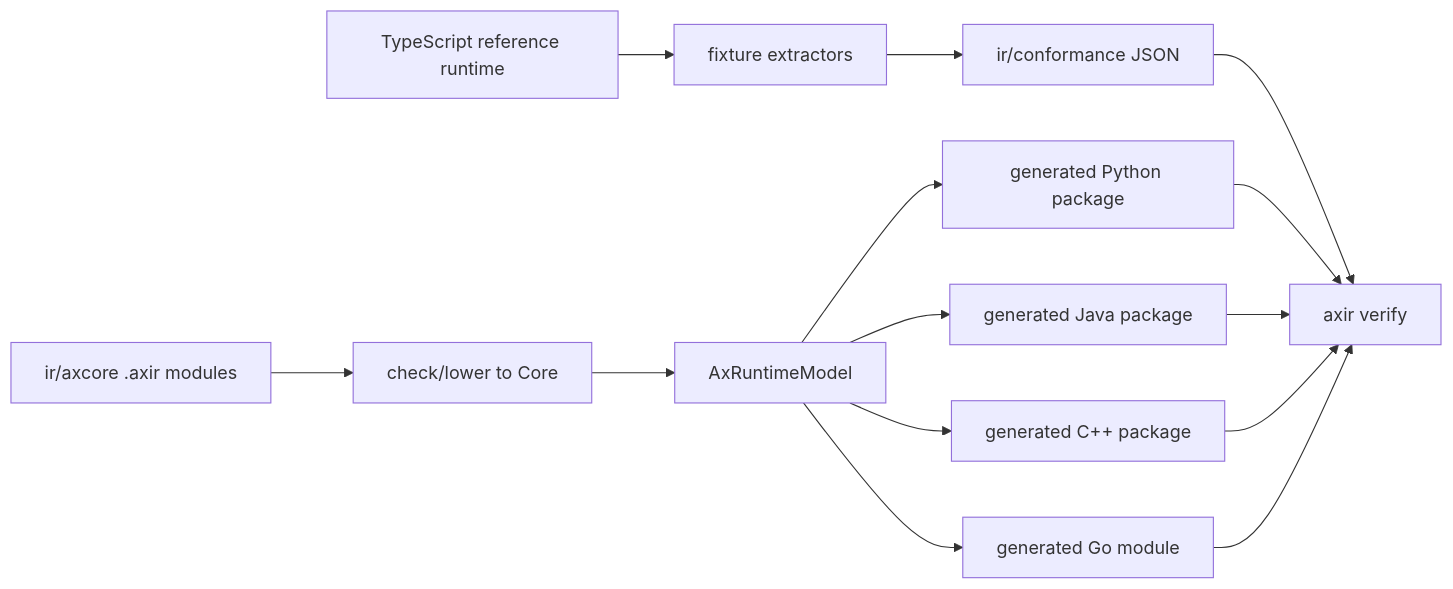
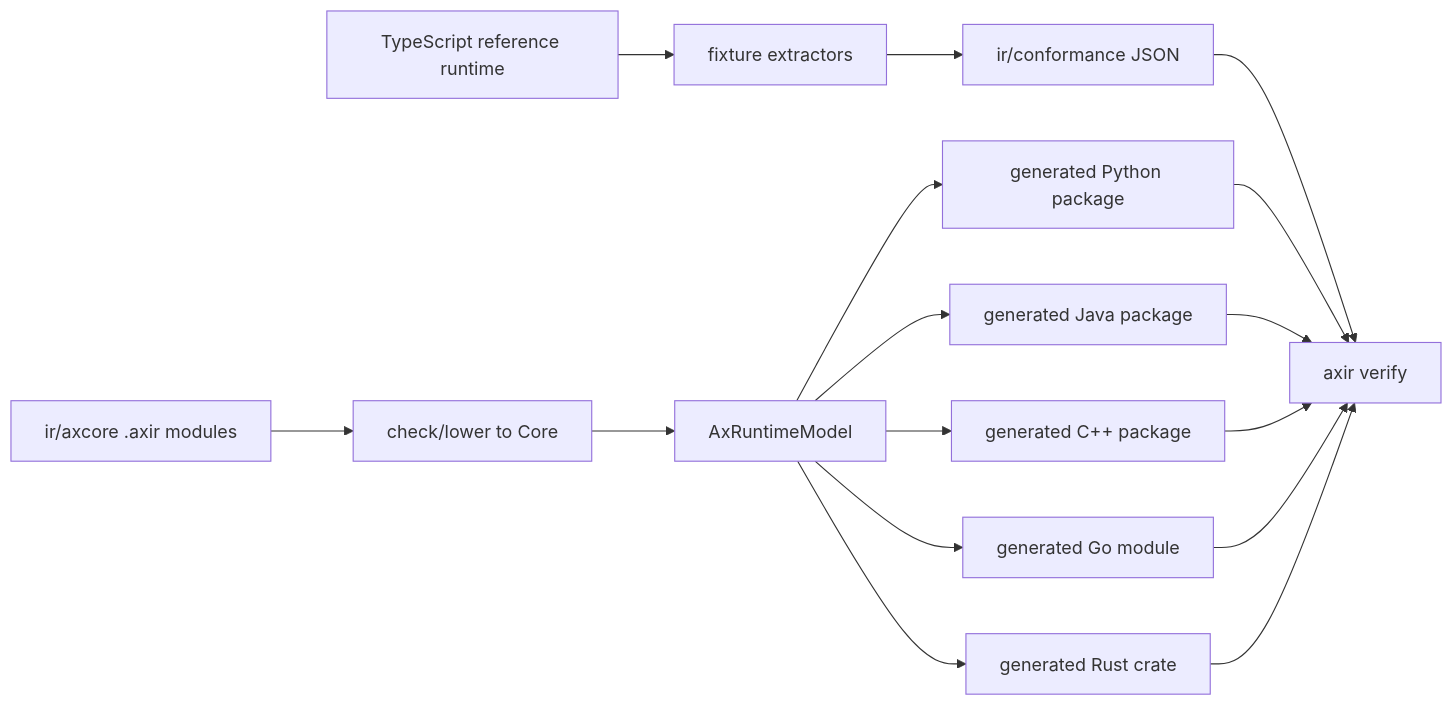
Before and after one commit to ax-llm/ax: the diagram in docs/COMPILER.md, drawn with Mermaid. The commit also changed other lines of this file and 104 other files, not shown here.

````diff
--- a/docs/COMPILER.md
+++ b/docs/COMPILER.md
@@ -14,16 +14,18 @@
 ```mermaid
 flowchart LR
   TS["TypeScript reference runtime"] --> Extractors["fixture extractors"]
   Extractors --> Fixtures["ir/conformance JSON"]
   AxIR["ir/axcore .axir modules"] --> Check["check/lower to Core"]
   Check --> Model["AxRuntimeModel"]
   Model --> Python["generated Python package"]
   Model --> Java["generated Java package"]
   Model --> Cpp["generated C++ package"]
   Model --> Go["generated Go module"]
+  Model --> Rust["generated Rust crate"]
   Fixtures --> Verify["axir verify"]
   Python --> Verify
   Java --> Verify
   Cpp --> Verify
   Go --> Verify
+  Rust --> Verify
 ```
````
